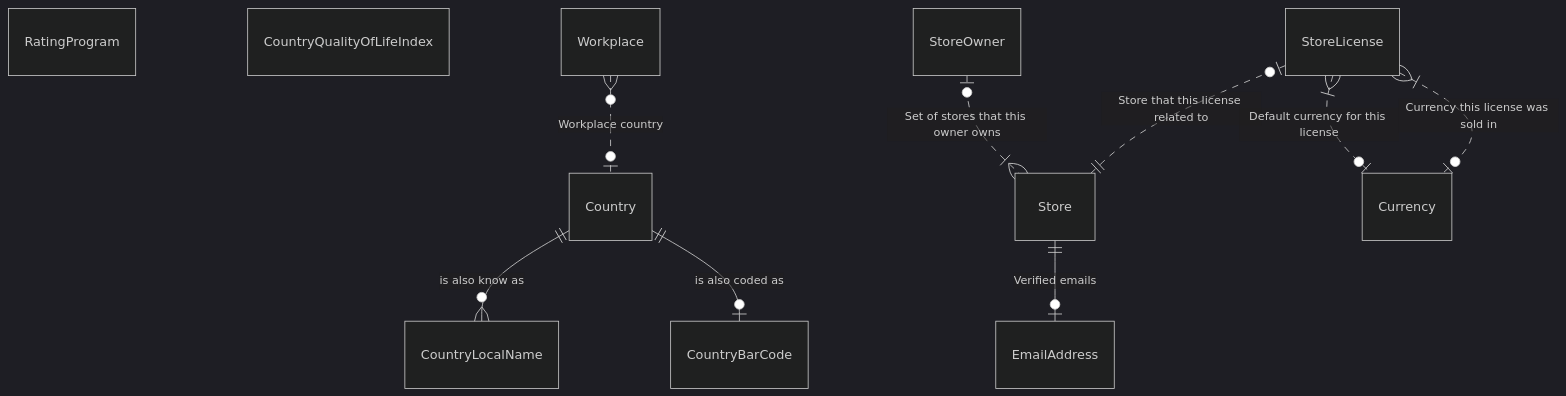
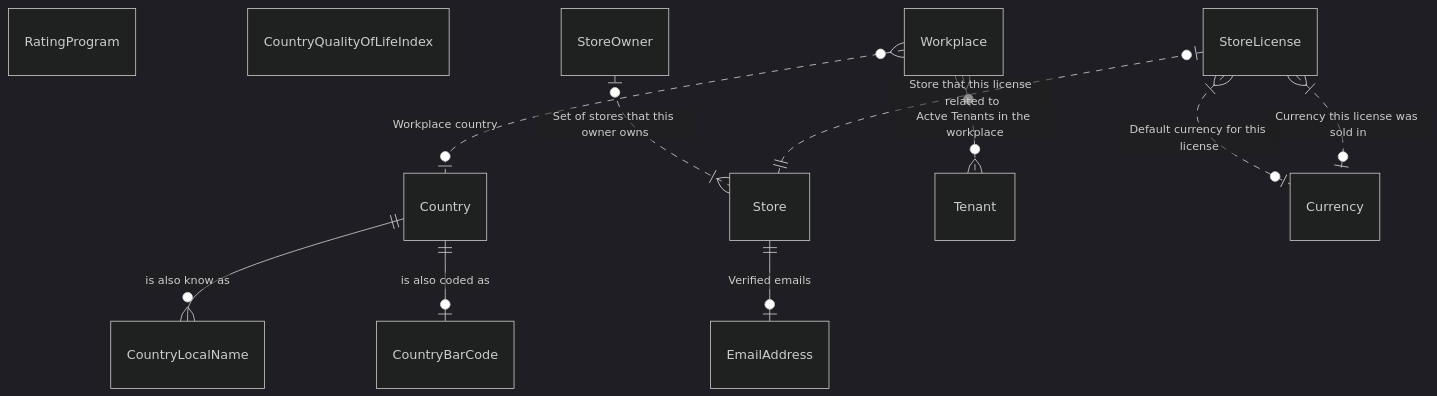
Before and after one commit to NoxOrg/Nox: the diagram in src/Nox.ClientApi.Tests/.nox/docs/README.md, drawn with Mermaid (dark theme). The commit also changed other lines of this file and 46 other files, not shown here.

````diff
--- a/src/Nox.ClientApi.Tests/.nox/docs/README.md
+++ b/src/Nox.ClientApi.Tests/.nox/docs/README.md
@@ -11,34 +11,37 @@
 ``` mermaid
 erDiagram
     Country {
     }
     Country||--o{CountryLocalName : "is also know as"
     Country||--o|CountryBarCode : "is also coded as"
     CountryLocalName {
     }
     CountryBarCode {
     }
     RatingProgram {
     }
     CountryQualityOfLifeIndex {
     }
     Store {
     }
     Store||--o|EmailAddress : "Verified emails"
     Workplace {
     }
     Workplace}o..o|Country : "Workplace country"
+    Workplace}o..o{Tenant : "Actve Tenants in the workplace"
     StoreOwner {
     }
     StoreOwner|o..|{Store : "Set of stores that this owner owns"
     StoreLicense {
     }
     StoreLicense|o..||Store : "Store that this license related to"
     StoreLicense}|..o|Currency : "Default currency for this license"
     StoreLicense}|..o|Currency : "Currency this license was sold in"
     Currency {
     }
+    Tenant {
+    }
     EmailAddress {
     }
 
 ```
````
